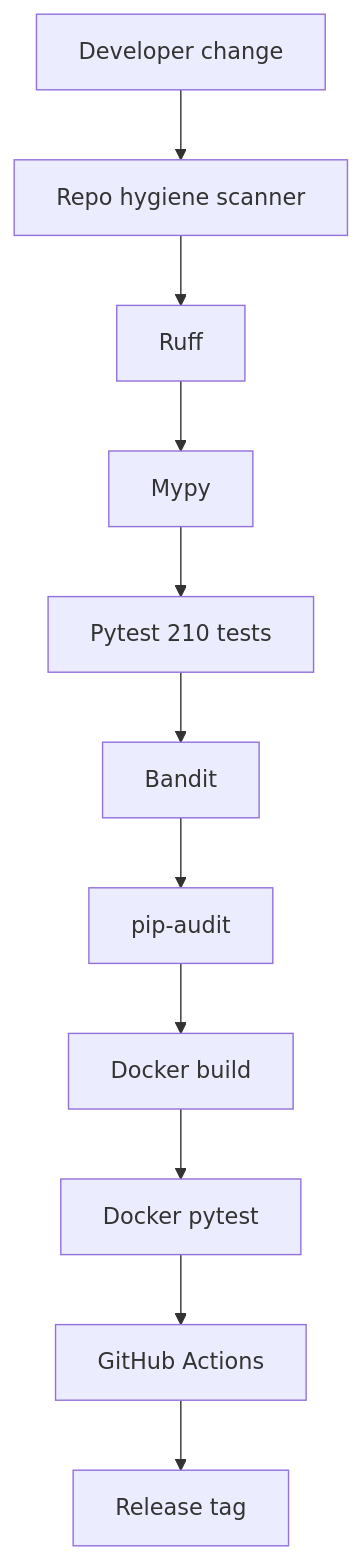
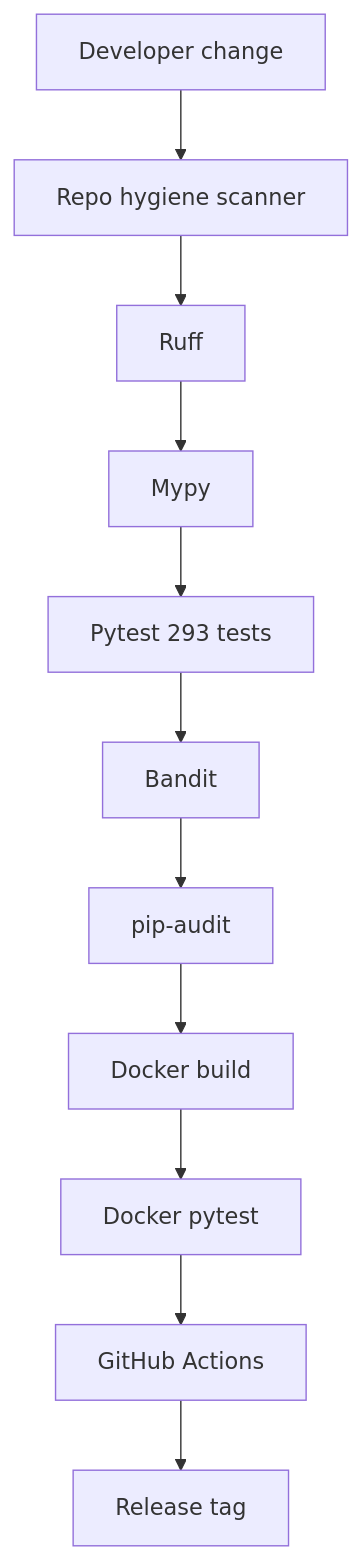
Before and after one commit to codethor0/llm-agent-control-plane-lab: the fourth of 4 diagrams in README.md, drawn with Mermaid. The commit also changed other lines of this file and 12 other files, not shown here.

````diff
--- a/README.md
+++ b/README.md
@@ -188,16 +192,16 @@
 ```mermaid
 flowchart TD
   ch[Developer change]
   rh[Repo hygiene scanner]
   rf[Ruff]
   my[Mypy]
-  py[Pytest 210 tests]
+  py[Pytest 293 tests]
   bd[Bandit]
   pa[pip-audit]
   dk[Docker build]
   dt[Docker pytest]
   ga[GitHub Actions]
   rel[Release tag]
 
   ch --> rh --> rf --> my --> py --> bd --> pa --> dk --> dt --> ga --> rel
 ```
````
